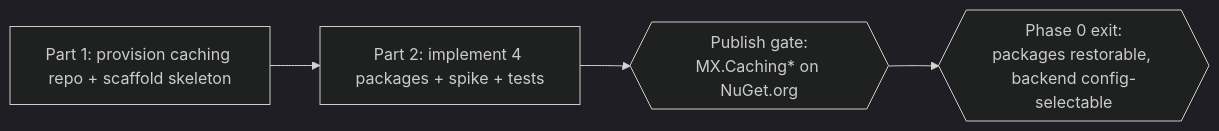
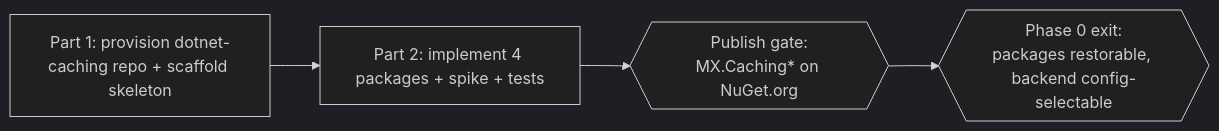
The diagram in work-packages/portal-caching-phase-0/README.md (frasermolyneux/.github-copilot), drawn with Mermaid (dark theme) before and after one commit. The commit also changed other lines of this file and 3 other files, not shown here.

Commit message:
refactor: rename caching repo to dotnet-caching across documentation and specifications

````diff
--- a/work-packages/portal-caching-phase-0/README.md
+++ b/work-packages/portal-caching-phase-0/README.md
@@ -14,6 +14,6 @@
 ```mermaid
 flowchart LR
-  P1[Part 1: provision caching repo + scaffold skeleton] --> P2[Part 2: implement 4 packages + spike + tests]
+  P1[Part 1: provision dotnet-caching repo + scaffold skeleton] --> P2[Part 2: implement 4 packages + spike + tests]
   P2 --> G{{Publish gate:\nMX.Caching* on NuGet.org}}
   G --> EX{{Phase 0 exit:\npackages restorable, backend config-selectable}}
 ```
````
